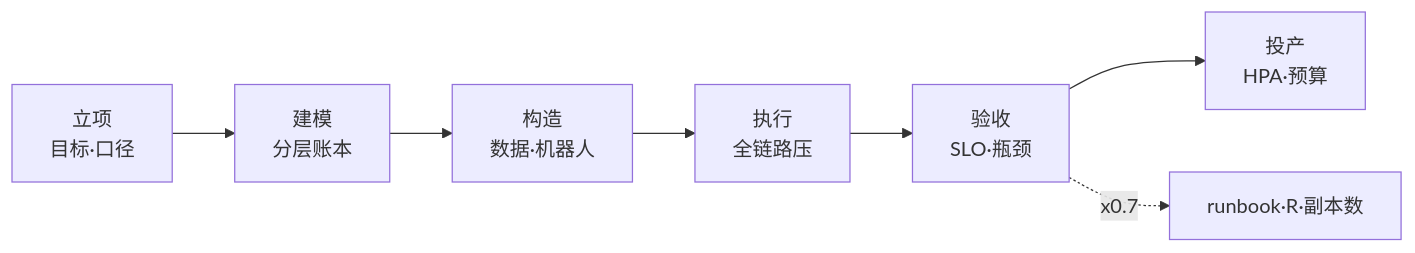
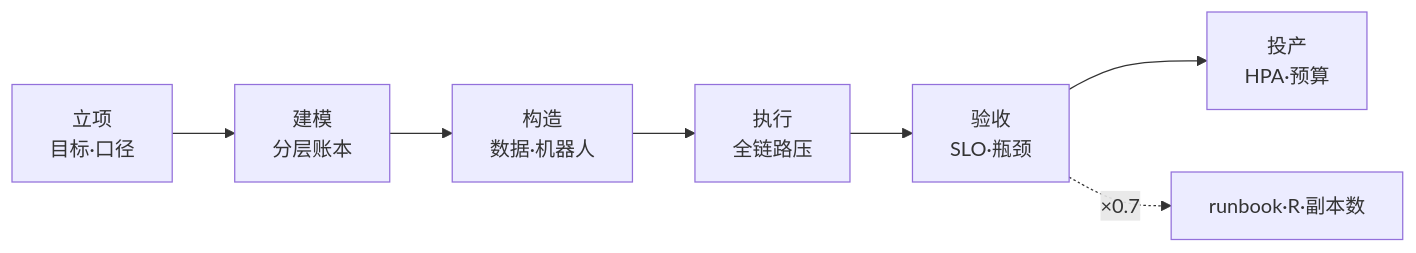
Before and after one commit to ml-cuizijun/LearnToLilith: the first of 8 diagrams in 07-游戏运维专题/04-全链路压测与容量模型/知识点.md, drawn with Mermaid. The commit also changed other lines of this file and 178 other files, not shown here.

````diff
--- a/07-游戏运维专题/04-全链路压测与容量模型/知识点.md
+++ b/07-游戏运维专题/04-全链路压测与容量模型/知识点.md
@@ -19,9 +15,9 @@
 ```mermaid
 flowchart LR
     S1["立项<br/>目标·口径"] --> S2["建模<br/>分层账本"]
     S2 --> S3["构造<br/>数据·机器人"]
     S3 --> S4["执行<br/>全链路压"]
     S4 --> S5["验收<br/>SLO·瓶颈"]
     S5 --> S6["投产<br/>HPA·预算"]
-    S5 -.->|x0.7| RB["runbook·R·副本数"]
+    S5 -.->|×0.7| RB["runbook·R·副本数"]
 ```
````
